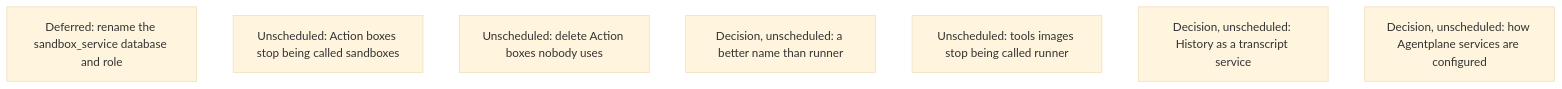
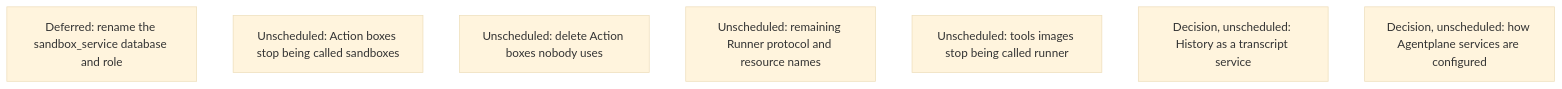
The tenth of 18 diagrams in agentplane/plans/task_dag.md (agentydragon/ducktape), drawn with Mermaid (base theme) before and after one commit. The commit also changed other lines of this file and 3 other files, not shown here.

````diff
--- a/agentplane/plans/task_dag.md
+++ b/agentplane/plans/task_dag.md
@@ -1877,10 +1902,10 @@
 ```mermaid
 flowchart TD
     HISTORY_DATABASE_RENAME[Deferred: rename the sandbox_service database and role]
     ACTION_BOX_RENAME[Unscheduled: Action boxes stop being called sandboxes]
     ACTION_BOX_IDLE_REAPER[Unscheduled: delete Action boxes nobody uses]
-    RUNNER_RENAME[Decision, unscheduled: a better name than runner]
+    RUNNER_RENAME[Unscheduled: remaining Runner protocol and resource names]
     RUNNER_IMAGES_RENAME[Unscheduled: tools images stop being called runner]
     HISTORY_SERVICE_RENAME[Decision, unscheduled: History as a transcript service]
     SERVICE_SETTINGS_RETHINK[Decision, unscheduled: how Agentplane services are configured]
 ```
````
